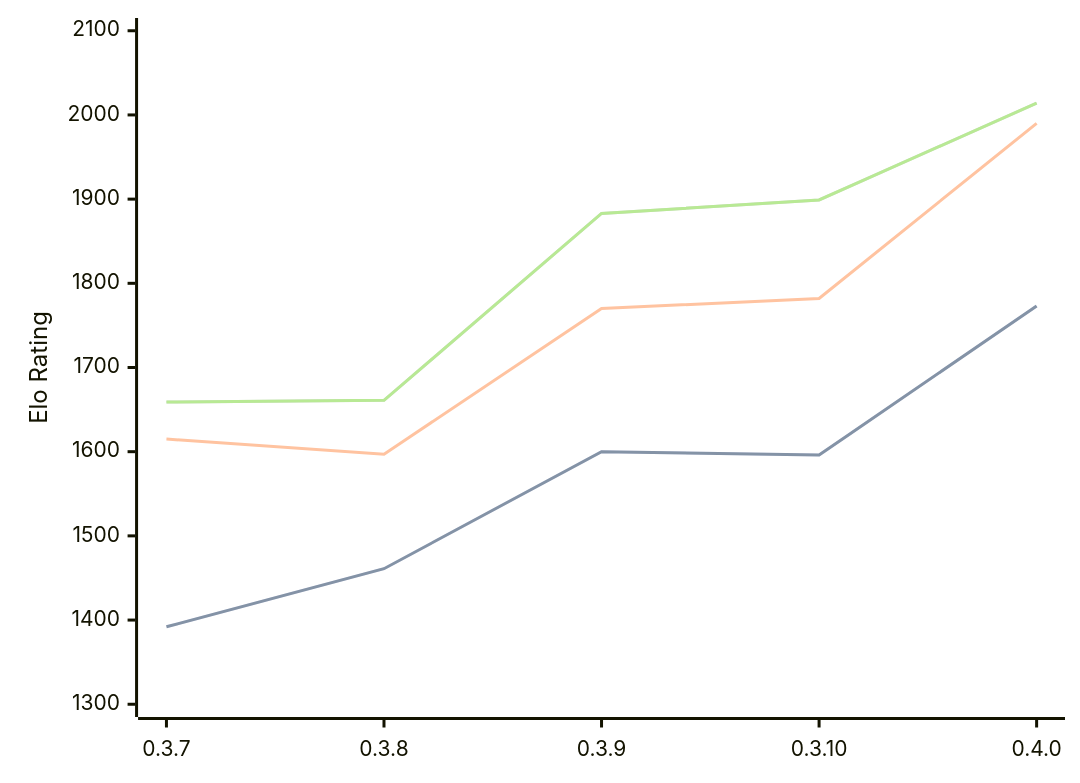
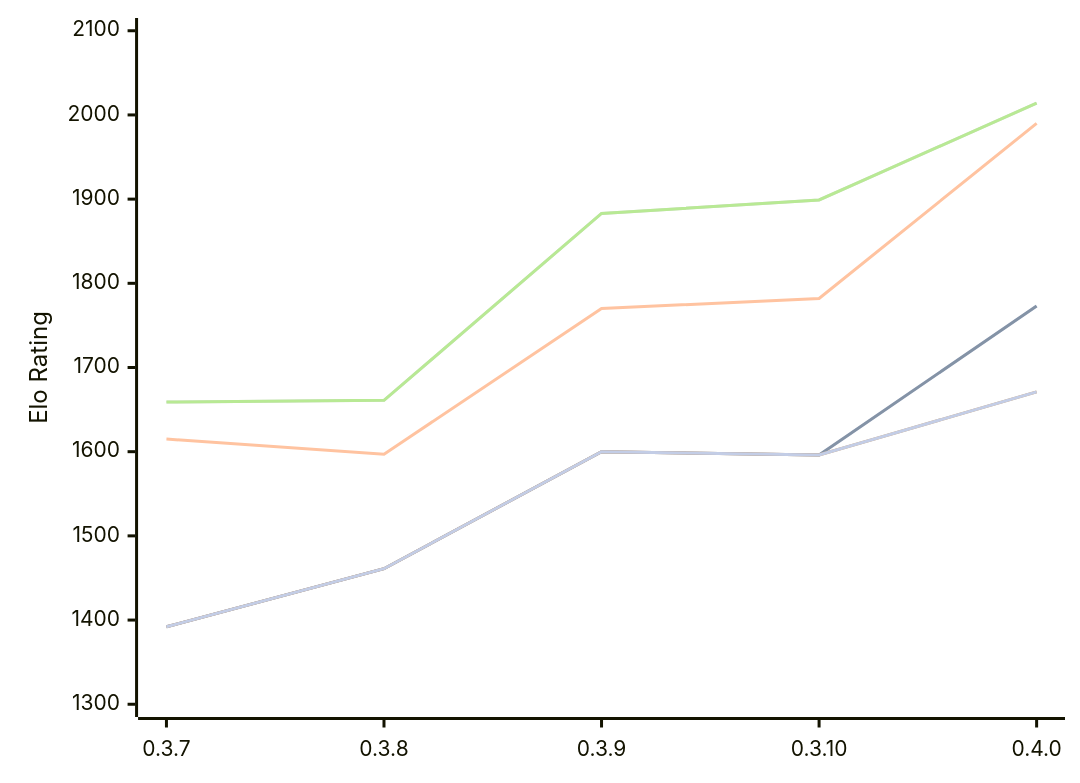
One commit to computer-chess-index/cci changed the diagram in engines/Arche.md. Above: the diagram before and after it, drawn with Mermaid. The commit also changed other lines of this file, not shown here.

Commit message:
Update CCI Ratings (ELO VLTC) - 2026-10-11

````diff
--- a/engines/Arche.md
+++ b/engines/Arche.md
@@ -51,16 +51,13 @@
 ```mermaid
 %%{init: {"theme":"base","themeVariables":{"seriesColors:['#a3a3a3','#222221','#faa371']}}}%%
 xychart-beta
   x-axis ["0.3.7", "0.3.8", "0.3.9", "0.3.10", "0.4.0"]
   y-axis "Elo Rating" 1300 --> 2100
   line "" [1392, 1461, 1600, 1596, 1773]
   line "T1: STC (8.0+0.08s)" [1392, 1461, 1600, 1596, 1773]
   line "T1: LTC (60.0+0.60s)" [1615, 1597, 1770, 1782, 1990]
   line "" [1659, 1661, 1883, 1899, 2014]
   line "T1: VLTC (2m24s+1.12s)" [1659, 1661, 1883, 1899, 2014]
-  line "" [1669]
-  line "E1: STC (8.0+0.08s)" [1669]
-  line "E1: LTC (60.0+0.60s)" [1836]
-  line "" [1972]
-  line "E1: VLTC (2m24s+1.12s)" [1972]
+  line "" [1392, 1461, 1600, 1596,1671]
+  line "E1: STC (8.0+0.08s)" [1392, 1461, 1600, 1596,1671]
 ```
````
